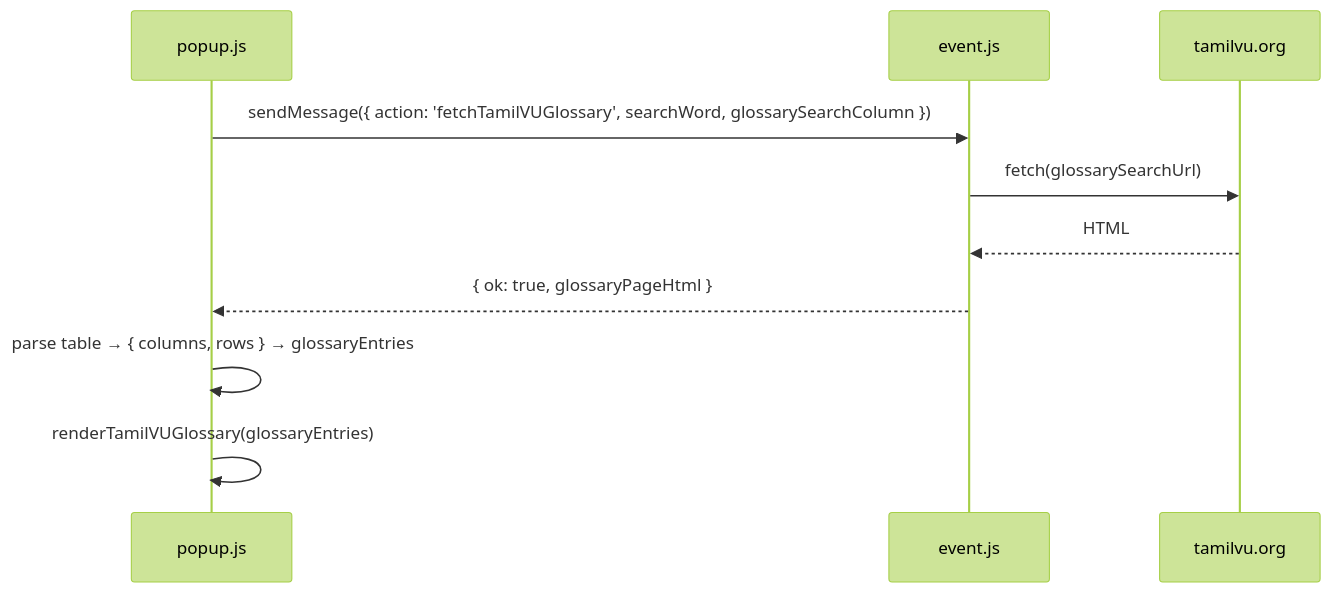
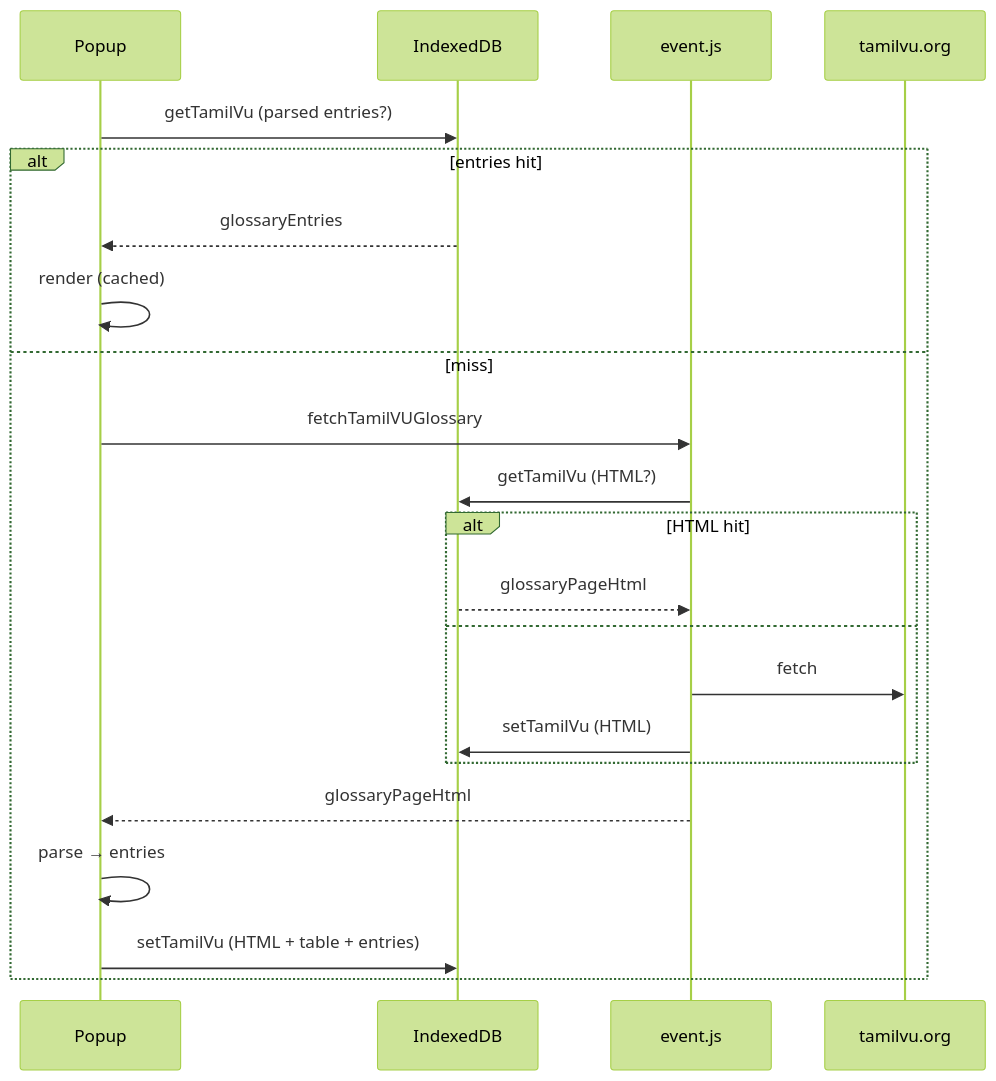
One commit to p10ns11y/Sorkalam changed the diagram in README.md. Above: the diagram before and after it, drawn with Mermaid (forest theme). The commit also changed other lines of this file and 6 other files, not shown here.

First line of the commit message:
Add IndexedDB cache for Tamil VU glossary lookups.

````diff
--- a/README.md
+++ b/README.md
@@ -136,13 +136,25 @@
 ```mermaid
 sequenceDiagram
-  participant Popup as popup.js
+  participant Popup
+  participant IDB as IndexedDB
   participant SW as event.js
   participant TVU as tamilvu.org
 
-  Popup->>SW: sendMessage({ action: 'fetchTamilVUGlossary', searchWord, glossarySearchColumn })
-  SW->>TVU: fetch(glossarySearchUrl)
-  TVU-->>SW: HTML
-  SW-->>Popup: { ok: true, glossaryPageHtml }
-  Popup->>Popup: parse table → { columns, rows } → glossaryEntries
-  Popup->>Popup: renderTamilVUGlossary(glossaryEntries)
+  Popup->>IDB: getTamilVu (parsed entries?)
+  alt entries hit
+    IDB-->>Popup: glossaryEntries
+    Popup->>Popup: render (cached)
+  else miss
+    Popup->>SW: fetchTamilVUGlossary
+    SW->>IDB: getTamilVu (HTML?)
+    alt HTML hit
+      IDB-->>SW: glossaryPageHtml
+    else
+      SW->>TVU: fetch
+      SW->>IDB: setTamilVu (HTML)
+    end
+    SW-->>Popup: glossaryPageHtml
+    Popup->>Popup: parse → entries
+    Popup->>IDB: setTamilVu (HTML + table + entries)
+  end
 ```
````
